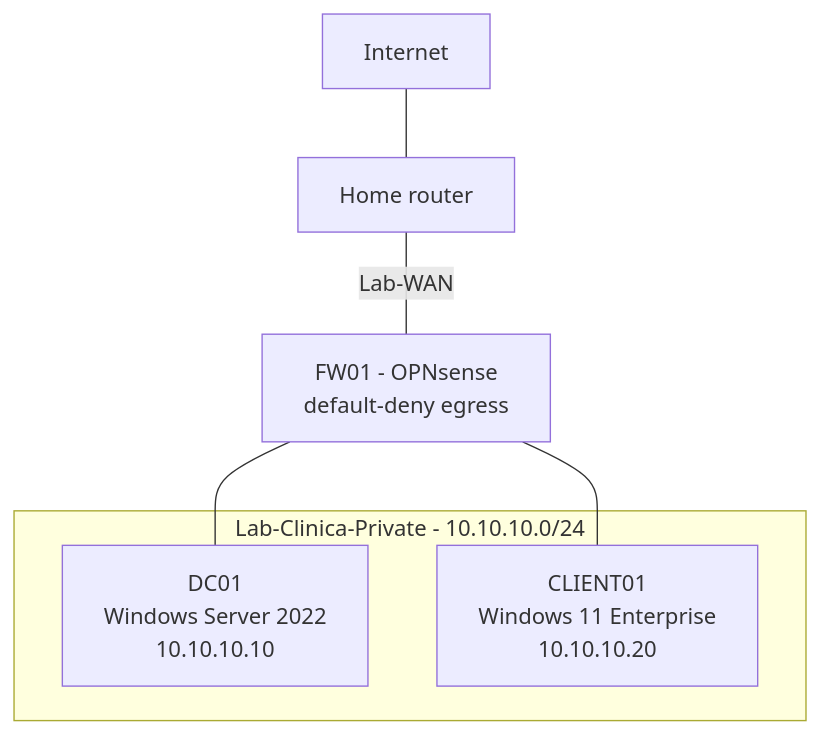
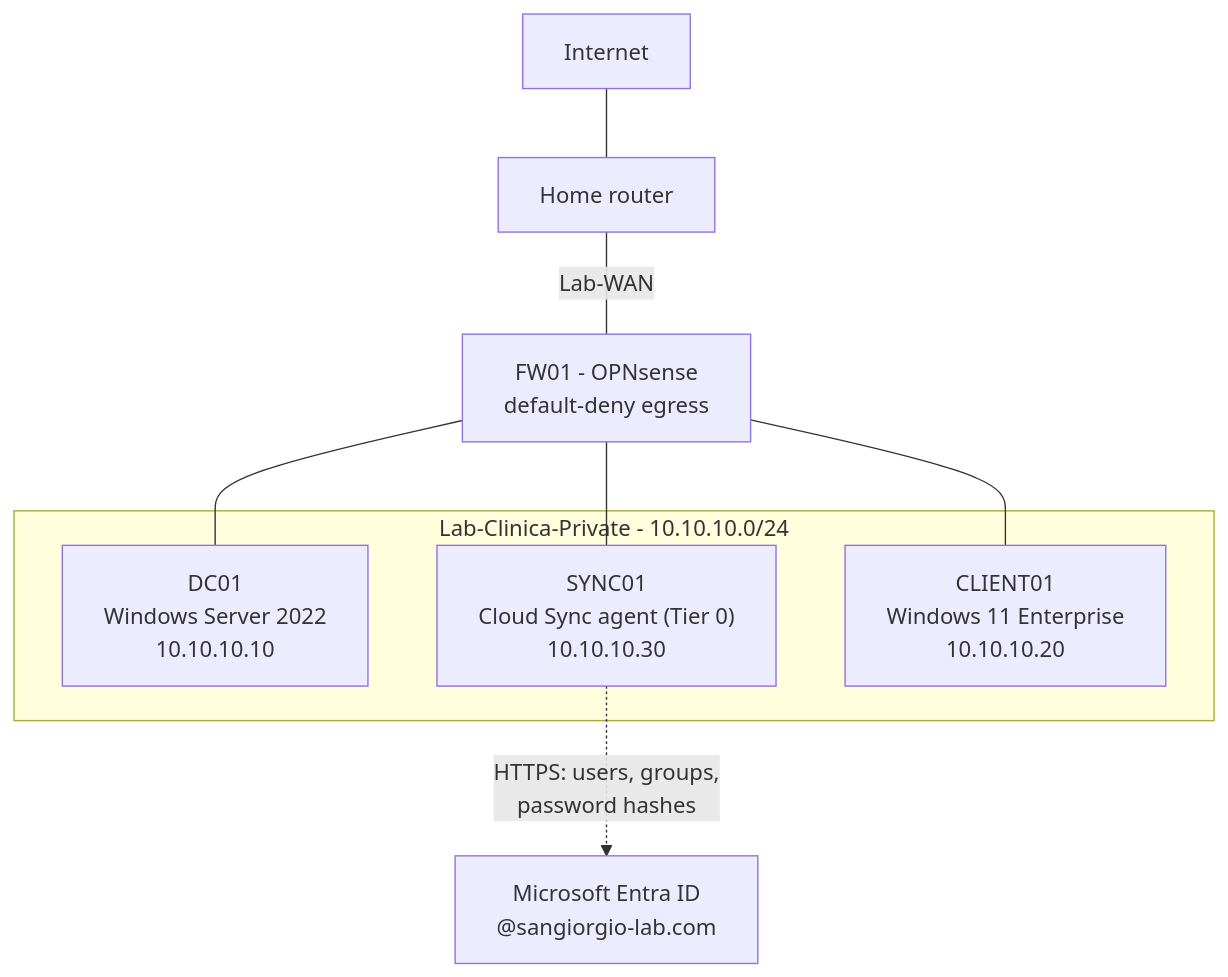
One commit to andreitelea/azure-hybrid-security-lab changed the diagram in README.md. Above: the diagram before and after it, drawn with Mermaid. The commit also changed other lines of this file and 13 other files, not shown here.

First line of the commit message:
Add chapter 3: hybrid identity with Entra Cloud Sync

````diff
--- a/README.md
+++ b/README.md
@@ -32,11 +32,14 @@
 ```mermaid
 graph TD
     INET["Internet"] --- HOME["Home router"]
     HOME ---|"Lab-WAN"| FW["FW01 - OPNsense<br/>default-deny egress"]
     subgraph LAB["Lab-Clinica-Private - 10.10.10.0/24"]
         DC["DC01<br/>Windows Server 2022<br/>10.10.10.10"]
+        SYNC["SYNC01<br/>Cloud Sync agent (Tier 0)<br/>10.10.10.30"]
         CL["CLIENT01<br/>Windows 11 Enterprise<br/>10.10.10.20"]
     end
     FW --- DC
+    FW --- SYNC
     FW --- CL
+    SYNC -.->|"HTTPS: users, groups,<br/>password hashes"| ENTRA["Microsoft Entra ID<br/>@sangiorgio-lab.com"]
 ```
````
